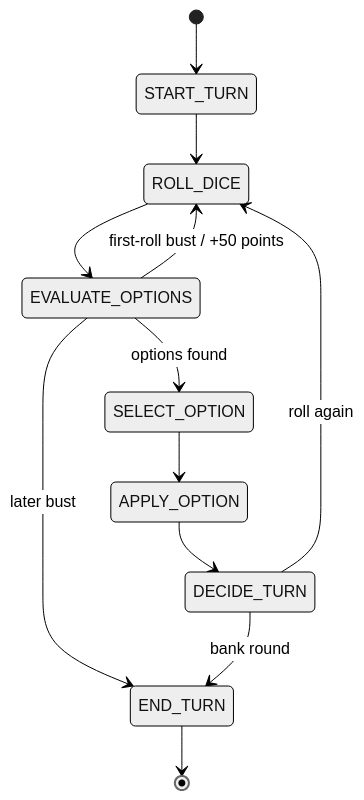
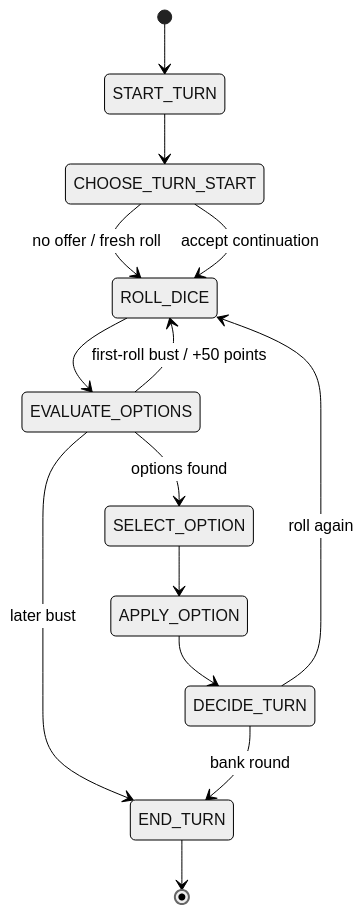
The second of 2 diagrams in README.md (Jacoba1100254352/Zilch-Basic), drawn with Mermaid (neutral theme) before and after one commit. The commit also changed other lines of this file and 39 other files, not shown here.

````diff
--- a/README.md
+++ b/README.md
@@ -206,14 +234,16 @@
 ```mermaid
 stateDiagram-v2
     [*] --> START_TURN
-    START_TURN --> ROLL_DICE
+    START_TURN --> CHOOSE_TURN_START
+    CHOOSE_TURN_START --> ROLL_DICE: no offer / fresh roll
+    CHOOSE_TURN_START --> ROLL_DICE: accept continuation
     ROLL_DICE --> EVALUATE_OPTIONS
     EVALUATE_OPTIONS --> ROLL_DICE: first-roll bust / +50 points
     EVALUATE_OPTIONS --> END_TURN: later bust
     EVALUATE_OPTIONS --> SELECT_OPTION: options found
     SELECT_OPTION --> APPLY_OPTION
     APPLY_OPTION --> DECIDE_TURN
     DECIDE_TURN --> ROLL_DICE: roll again
     DECIDE_TURN --> END_TURN: bank round
     END_TURN --> [*]
 ```
````
